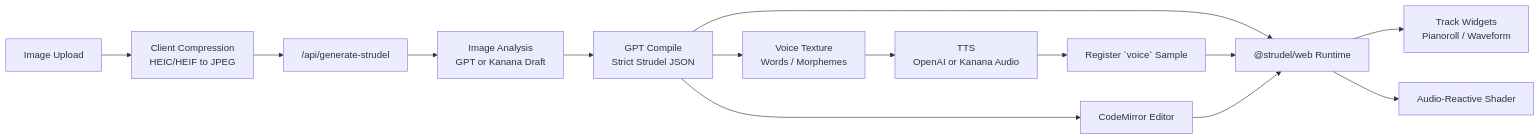
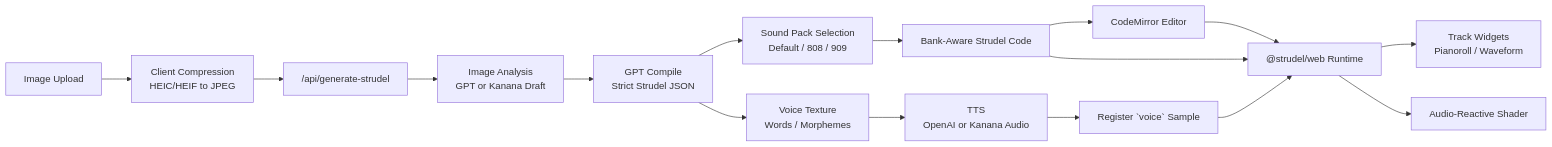
The first of 2 diagrams in README.md (lux-02/Strudel), drawn with Mermaid before and after one commit. The commit also changed other lines of this file and 5 other files, not shown here.

Commit message:
Add sound pack selection and auto loop

````diff
--- a/README.md
+++ b/README.md
@@ -148,16 +157,18 @@
 ```mermaid
 flowchart LR
   A["Image Upload"] --> B["Client Compression<br/>HEIC/HEIF to JPEG"]
   B --> C["/api/generate-strudel"]
   C --> D["Image Analysis<br/>GPT or Kanana Draft"]
   D --> E["GPT Compile<br/>Strict Strudel JSON"]
+  E --> M["Sound Pack Selection<br/>Default / 808 / 909"]
+  M --> N["Bank-Aware Strudel Code"]
   E --> F["Voice Texture<br/>Words / Morphemes"]
   F --> G["TTS<br/>OpenAI or Kanana Audio"]
   G --> H["Register `voice` Sample"]
-  E --> I["CodeMirror Editor"]
-  E --> J["@strudel/web Runtime"]
+  N --> I["CodeMirror Editor"]
+  N --> J["@strudel/web Runtime"]
   H --> J
   I --> J
   J --> K["Track Widgets<br/>Pianoroll / Waveform"]
   J --> L["Audio-Reactive Shader"]
 ```
````
